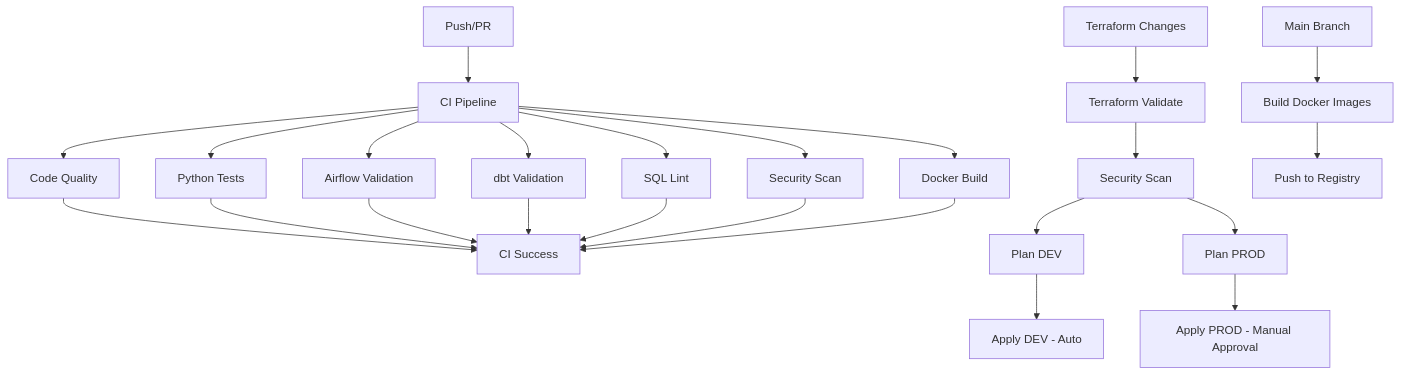
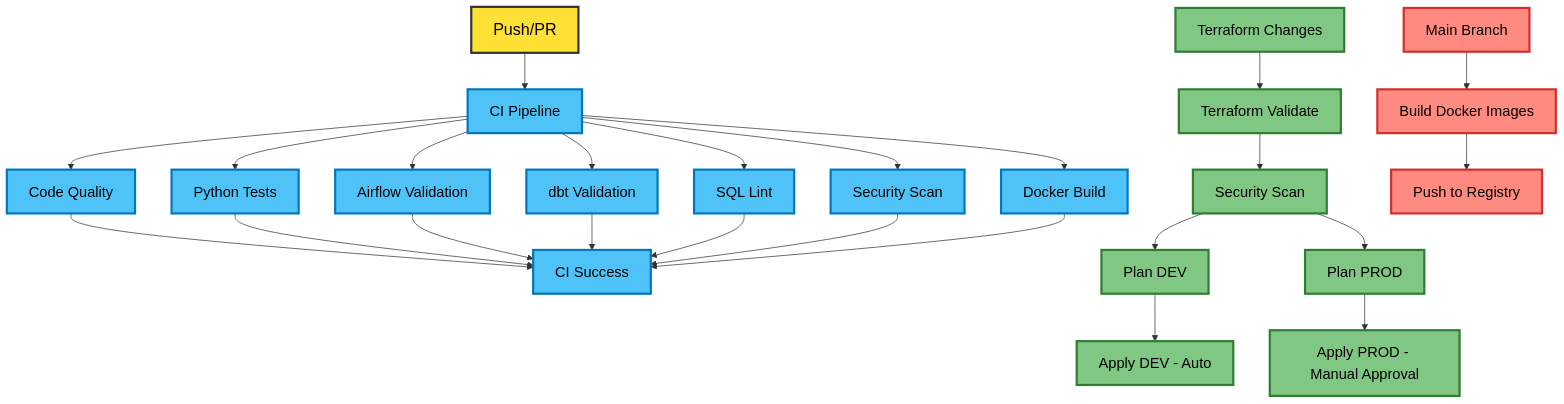
Before and after one commit to omidsaraf/AWS_Snowflake_DBT__Project: the diagram in README.md, drawn with Mermaid. The commit also changed other lines of this file, not shown here.

````diff
--- a/README.md
+++ b/README.md
@@ -39,32 +39,65 @@
 ```mermaid
 
+%% ---------- CONFIG ----------
+%% colourful, big-font, boxed style
+%% --------------------------------
 graph TD
-    A[Push/PR] --> B[CI Pipeline]
-    B --> C[Code Quality]
-    B --> D[Python Tests]
-    B --> E[Airflow Validation]
-    B --> F[dbt Validation]
-    B --> G[SQL Lint]
-    B --> H[Security Scan]
-    B --> I[Docker Build]
-    
-    C --> J[CI Success]
-    D --> J
-    E --> J
-    F --> J
-    G --> J
-    H --> J
-    I --> J
-    
-    K[Terraform Changes] --> L[Terraform Validate]
-    L --> M[Security Scan]
-    M --> N[Plan DEV]
-    M --> O[Plan PROD]
-    
-    N --> P[Apply DEV - Auto]
-    O --> Q[Apply PROD - Manual Approval]
-    
-    R[Main Branch] --> S[Build Docker Images]
-    S --> T[Push to Registry]
+%% ---------- STYLES ----------
+classDef startNode fill:#FFE135,stroke:#333,stroke-width:3px,color:#000,font-size:22px
+classDef ciNode   fill:#4FC3F7,stroke:#0277BD,stroke-width:3px,color:#000,font-size:20px
+classDef tfNode   fill:#81C784,stroke:#2E7D32,stroke-width:3px,color:#000,font-size:20px
+classDef endNode  fill:#FF8A80,stroke:#D32F2F,stroke-width:3px,color:#000,font-size:20px
 
+%% ---------- NODES ----------
+A[Push/PR]:::startNode
+B[CI Pipeline]:::ciNode
+C[Code Quality]:::ciNode
+D[Python Tests]:::ciNode
+E[Airflow Validation]:::ciNode
+F[dbt Validation]:::ciNode
+G[SQL Lint]:::ciNode
+H[Security Scan]:::ciNode
+I[Docker Build]:::ciNode
+J[CI Success]:::ciNode
+
+K[Terraform Changes]:::tfNode
+L[Terraform Validate]:::tfNode
+M[Security Scan]:::tfNode
+N[Plan DEV]:::tfNode
+O[Plan PROD]:::tfNode
+P[Apply DEV - Auto]:::tfNode
+Q[Apply PROD - Manual Approval]:::tfNode
+
+R[Main Branch]:::endNode
+S[Build Docker Images]:::endNode
+T[Push to Registry]:::endNode
+
+%% ---------- EDGES ----------
+A --> B
+B --> C
+B --> D
+B --> E
+B --> F
+B --> G
+B --> H
+B --> I
+
+C --> J
+D --> J
+E --> J
+F --> J
+G --> J
+H --> J
+I --> J
+
+K --> L
+L --> M
+M --> N
+M --> O
+
+N --> P
+O --> Q
+
+R --> S
+S --> T
 ```
````
